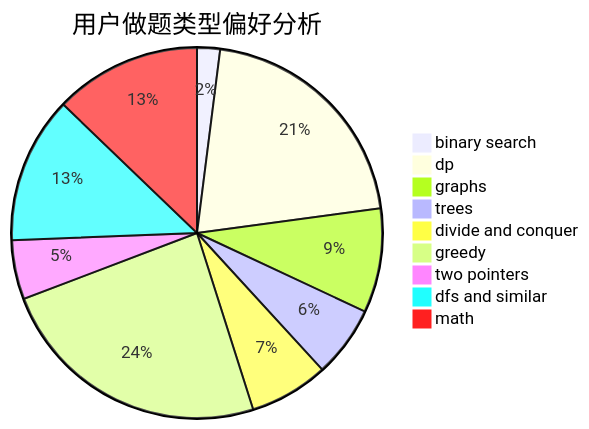
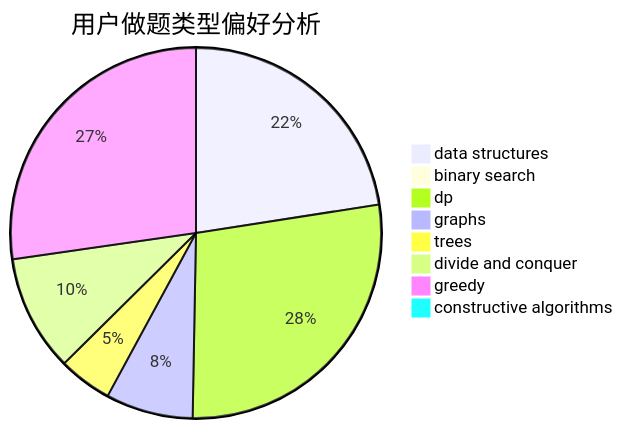
One commit to sherpahu/cfrs.github.io changed the second of 3 diagrams in docs/user/u1082.md. Above: the diagram before and after it, drawn with Mermaid. The commit also changed other lines of this file and 2775 other files, not shown here.

````diff
--- a/docs/user/u1082.md
+++ b/docs/user/u1082.md
@@ -23,12 +23,11 @@
 ```mermaid
 pie title 用户做题类型偏好分析
-    "binary search" :  56
-    "dp" :  583
-    "graphs" :  254
-    "trees" :  174
+    "data structures" :  429
+    "binary search" :  0
+    "dp" :  528
+    "graphs" :  145
+    "trees" :  89
     "divide and conquer" :  193
-    "greedy" :  674
-    "two pointers" :  144
-    "dfs and similar" :  358
-    "math" :  358
+    "greedy" :  519
+    "constructive algorithms" :  15
 ```
````
